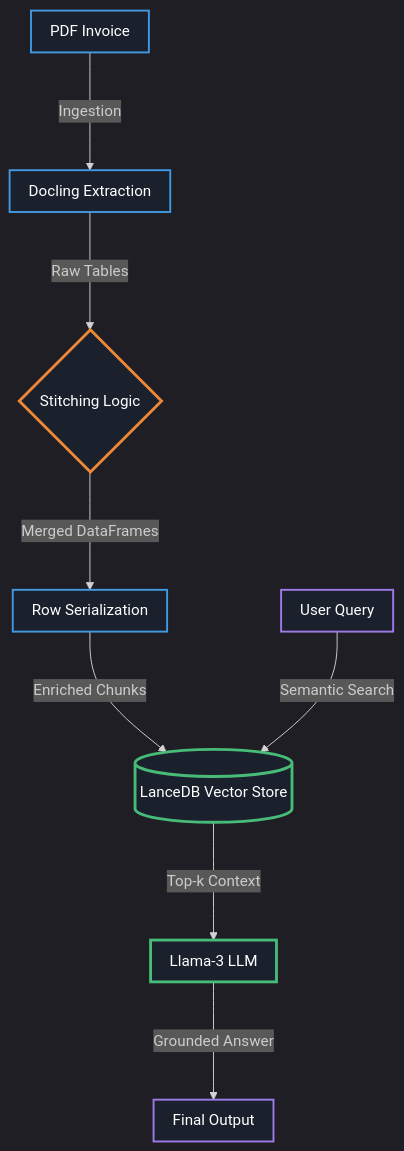
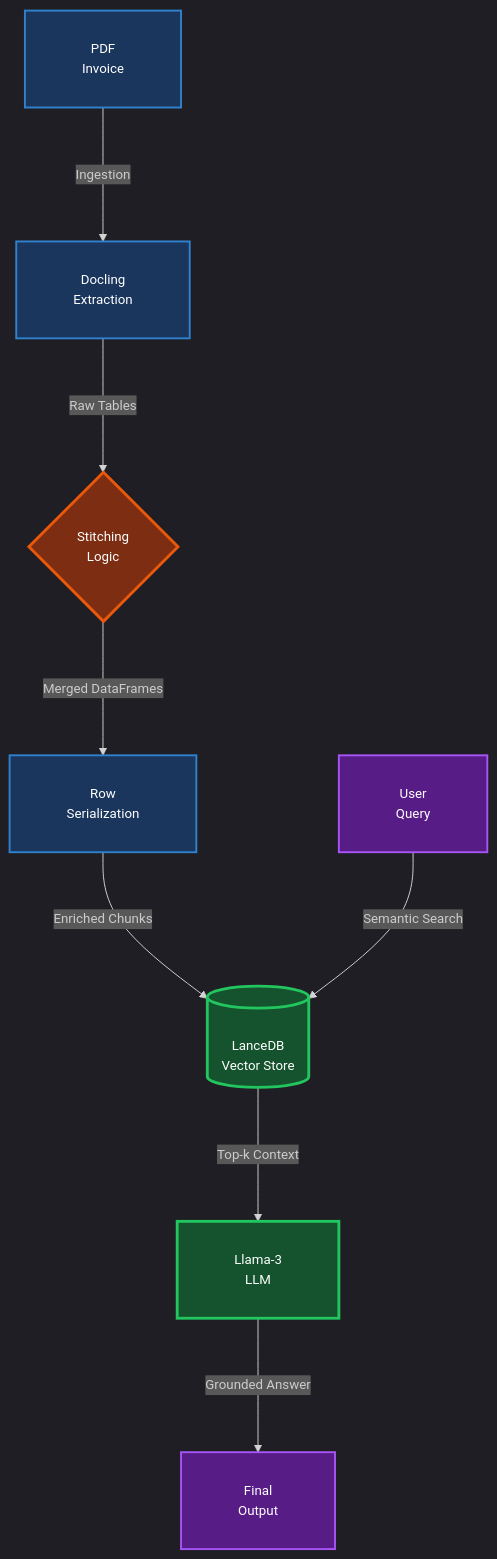
The diagram in design/architecture.md (Yassin522/Intelligent-Invoice-Line-Items-Extraction-Retrieval-System), drawn with Mermaid before and after one commit.

````diff
--- a/design/architecture.md
+++ b/design/architecture.md
@@ -6,22 +6,29 @@
 ```mermaid
-%%{init: {'theme':'dark', 'themeVariables': {'fontSize':'16px'}, 'flowchart':{'nodeSpacing': 120, 'rankSpacing': 100, 'padding': 10}}}%%
+%%{init: {'theme':'dark', 'themeVariables': {'fontSize':'14px', 'fontFamily':'arial'}, 'flowchart':{'nodeSpacing': 150, 'rankSpacing': 120, 'padding': 30, 'curve': 'basis'}}}%%
 graph TD
-    A[PDF Invoice] -->|Ingestion| B[Docling Extraction]
-    B -->|Raw Tables| C{Stitching Logic}
-    C -->|Merged DataFrames| D[Row Serialization]
-    D -->|Enriched Chunks| E[(LanceDB Vector Store)]
-    F[User Query] -->|Semantic Search| E
-    E -->|Top-k Context| G[Llama-3 LLM]
-    G -->|Grounded Answer| H[Final Output]
+    A["PDF<br/>Invoice"] 
+    B["Docling<br/>Extraction"]
+    C{"Stitching<br/>Logic"}
+    D["Row<br/>Serialization"]
+    E[("LanceDB<br/>Vector Store")]
+    F["User<br/>Query"]
+    G["Llama-3<br/>LLM"]
+    H["Final<br/>Output"]
     
-    style A fill:#1a202c,stroke:#4299e1,stroke-width:2px,color:#fff
-    style B fill:#1a202c,stroke:#4299e1,stroke-width:2px,color:#fff
-    style C fill:#1a202c,stroke:#ed8936,stroke-width:3px,color:#fff
-    style D fill:#1a202c,stroke:#4299e1,stroke-width:2px,color:#fff
-    style E fill:#1a202c,stroke:#48bb78,stroke-width:3px,color:#fff
-    style F fill:#1a202c,stroke:#9f7aea,stroke-width:2px,color:#fff
-    style G fill:#1a202c,stroke:#48bb78,stroke-width:3px,color:#fff
-    style H fill:#1a202c,stroke:#9f7aea,stroke-width:2px,color:#fff
+    A -->|Ingestion| B
+    B -->|Raw Tables| C
+    C -->|Merged DataFrames| D
+    D -->|Enriched Chunks| E
+    F -->|Semantic Search| E
+    E -->|Top-k Context| G
+    G -->|Grounded Answer| H
     
-    classDef default fill:#1a202c,stroke:#4a5568,stroke-width:2px,color:#fff
+    style A fill:#1a365d,stroke:#3182ce,stroke-width:2px,color:#fff,padding:15px
+    style B fill:#1a365d,stroke:#3182ce,stroke-width:2px,color:#fff,padding:15px
+    style C fill:#7c2d12,stroke:#ea580c,stroke-width:3px,color:#fff,padding:20px
+    style D fill:#1a365d,stroke:#3182ce,stroke-width:2px,color:#fff,padding:15px
+    style E fill:#14532d,stroke:#22c55e,stroke-width:3px,color:#fff,padding:15px
+    style F fill:#581c87,stroke:#a855f7,stroke-width:2px,color:#fff,padding:15px
+    style G fill:#14532d,stroke:#22c55e,stroke-width:3px,color:#fff,padding:15px
+    style H fill:#581c87,stroke:#a855f7,stroke-width:2px,color:#fff,padding:15px
 ```
````
